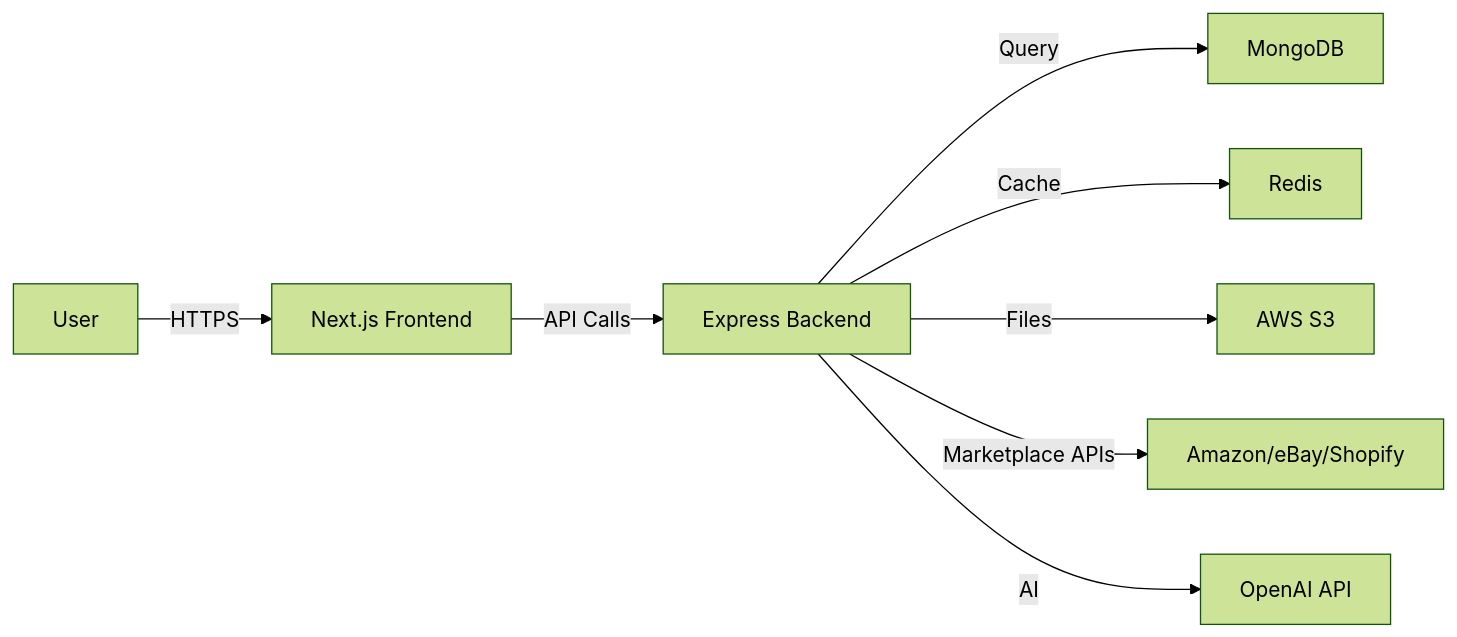
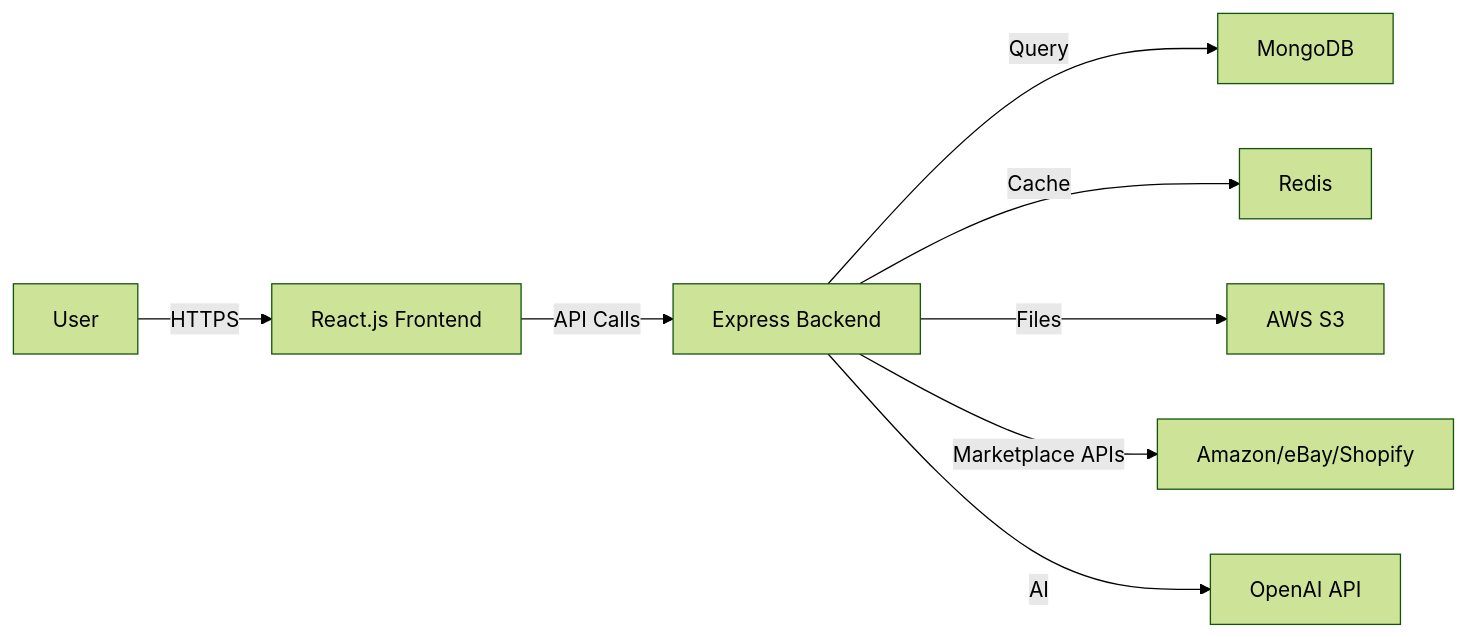
One commit to tanvirhasan2019/Project-Documentation changed the diagram in market-bridge-japan/readme.md. Above: the diagram before and after it, drawn with Mermaid (forest theme).

Commit message:
Update frontend reference from Next.js to React.js

````diff
--- a/market-bridge-japan/readme.md
+++ b/market-bridge-japan/readme.md
@@ -347,10 +347,10 @@
 ```mermaid
 graph LR
-    A[User] -->|HTTPS| B[Next.js Frontend]
+    A[User] -->|HTTPS| B[React.js Frontend]
     B -->|API Calls| C[Express Backend]
     C -->|Query| D[MongoDB]
     C -->|Cache| E[Redis]
     C -->|Files| F[AWS S3]
     C -->|Marketplace APIs| G[Amazon/eBay/Shopify]
     C -->|AI| H[OpenAI API]
 ```
````
